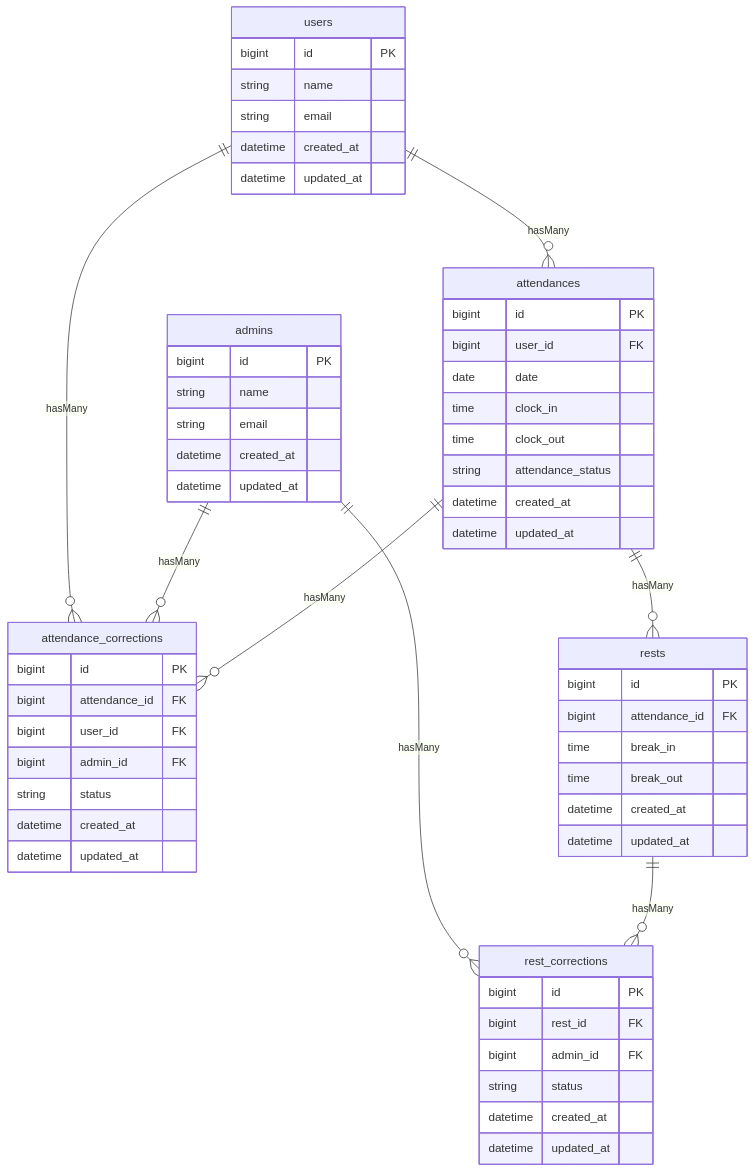
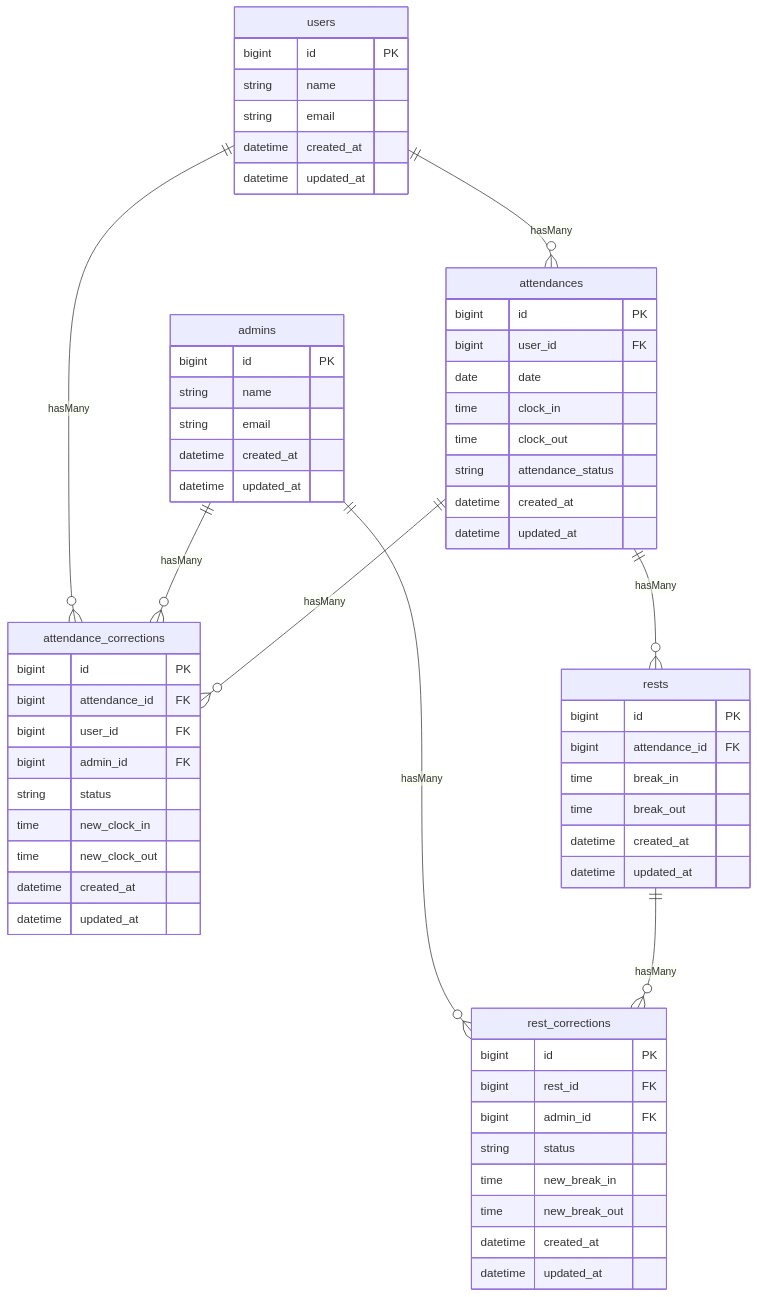
Before and after one commit to yuna-genma/attendance-app: the diagram in README.md, drawn with Mermaid. The commit also changed 21 other files, not shown here.

````diff
--- a/README.md
+++ b/README.md
@@ -9,69 +9,73 @@
 ```mermaid
     erDiagram
 
     users ||--o{ attendances : "hasMany"
     users ||--o{ attendance_corrections : "hasMany"
 
     admins ||--o{ attendance_corrections : "hasMany"
     admins ||--o{ rest_corrections : "hasMany"
 
     attendances ||--o{ rests : "hasMany"
     attendances ||--o{ attendance_corrections : "hasMany"
 
     rests ||--o{ rest_corrections : "hasMany"
 
     admins {
         bigint id PK
         string name
         string email
         datetime created_at
         datetime updated_at
     }
 
     users {
         bigint id PK
         string name
         string email
         datetime created_at
         datetime updated_at
     }
 
     attendances {
         bigint id PK
         bigint user_id FK
         date date
         time clock_in
         time clock_out
         string attendance_status
         datetime created_at
         datetime updated_at
     }
 
     rests {
         bigint id PK
         bigint attendance_id FK
         time break_in
         time break_out
         datetime created_at
         datetime updated_at
     }
 
     attendance_corrections {
         bigint id PK
         bigint attendance_id FK
         bigint user_id FK
         bigint admin_id FK
         string status
+        time new_clock_in
+        time new_clock_out
         datetime created_at
         datetime updated_at
     }
 
     rest_corrections {
         bigint id PK
         bigint rest_id FK
         bigint admin_id FK
         string status
+        time new_break_in
+        time new_break_out
         datetime created_at
         datetime updated_at
     }
 ```
````
